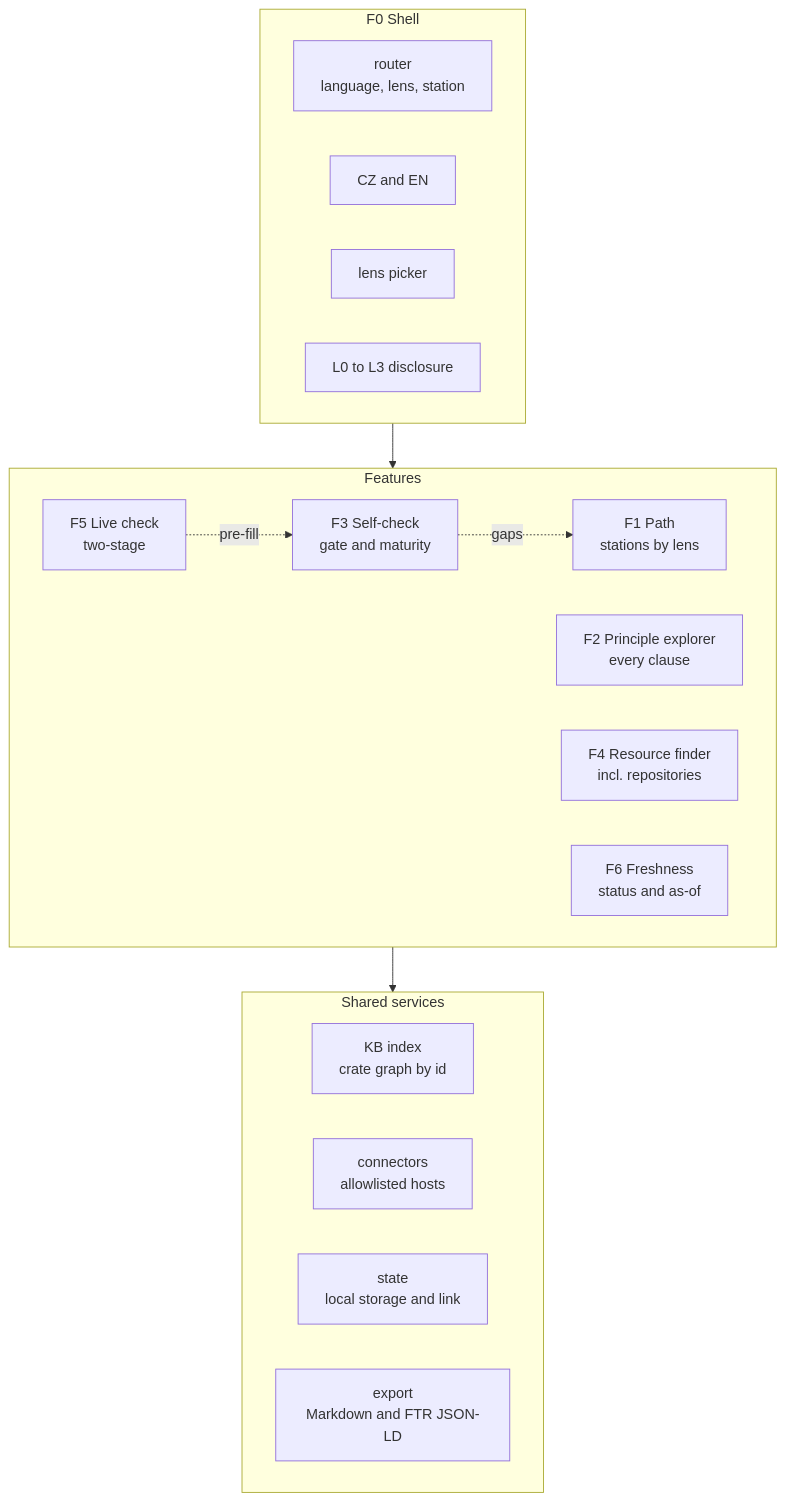
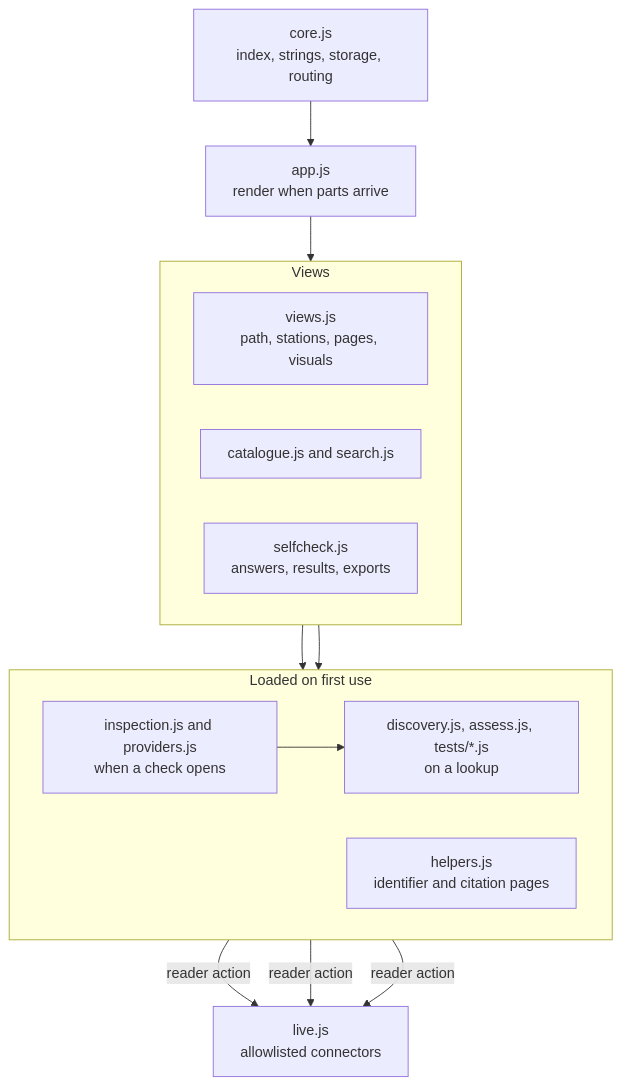
Before and after one commit to dsw-nrp/eosc-fair-guide: the second of 3 diagrams in docs/design.md, drawn with Mermaid. The commit also changed other lines of this file and 744 other files, not shown here.

````diff
--- a/docs/design.md
+++ b/docs/design.md
@@ -214,32 +108,25 @@
 ```mermaid
 flowchart TB
   accTitle: Runtime structure of the page
-  accDescr: A shell hosts six features that share four services. Self-check gaps link back to path stations, and the live check pre-fills the self-check.
-  subgraph SHELL["F0 Shell"]
+  accDescr: The core and the renderer serve the views. Self-check controls and evaluators load when a check opens, discovery and assessments on a lookup, and helpers on their pages. Every external call goes through the allowlisted connectors after a reader action.
+  CORE["core.js<br/>index, strings, storage, routing"]
+  APP["app.js<br/>render when parts arrive"]
+  subgraph VIEWS[Views]
     direction LR
-    ROUTER["router<br/>language, lens, station"]
-    I18N["CZ and EN"]
-    LENSSEL["lens picker"]
-    DISC["L0 to L3 disclosure"]
+    V1["views.js<br/>path, stations, pages, visuals"]
+    V2["catalogue.js and search.js"]
+    V3["selfcheck.js<br/>answers, results, exports"]
   end
-  subgraph FEAT[Features]
+  subgraph LATER[Loaded on first use]
     direction LR
-    F1["F1 Path<br/>stations by lens"]
-    F2["F2 Principle explorer<br/>every clause"]
-    F3["F3 Self-check<br/>gate and maturity"]
-    F4["F4 Resource finder<br/>incl. repositories"]
-    F5["F5 Live check<br/>two-stage"]
-    F6["F6 Freshness<br/>status and as-of"]
+    L1["inspection.js and providers.js<br/>when a check opens"]
+    L2["discovery.js, assess.js, tests/*.js<br/>on a lookup"]
+    L3["helpers.js<br/>identifier and citation pages"]
   end
-  subgraph SVC[Shared services]
-    direction LR
-    KB["KB index<br/>crate graph by id"]
-    CONN["connectors<br/>allowlisted hosts"]
-    STATE["state<br/>local storage and link"]
-    EXP["export<br/>Markdown and FTR JSON-LD"]
-  end
-  SHELL --> FEAT
-  FEAT --> SVC
-  F3 -. gaps .-> F1
-  F5 -. pre-fill .-> F3
+  LIVE["live.js<br/>allowlisted connectors"]
+  CORE --> APP --> VIEWS
+  V3 --> L1
+  L1 --> L2
+  V1 --> L3
+  L1 & L2 & L3 -- reader action --> LIVE
 ```
````
